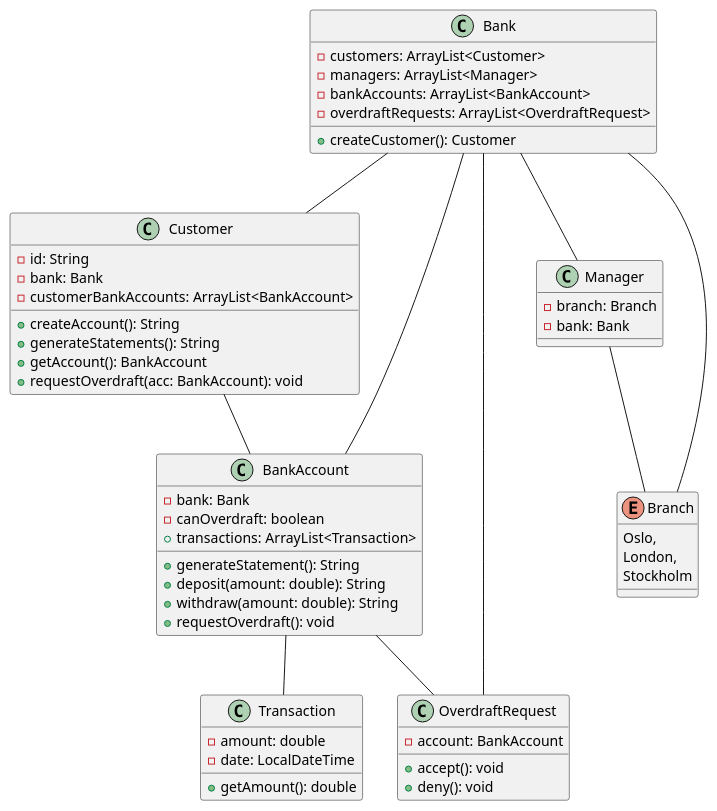
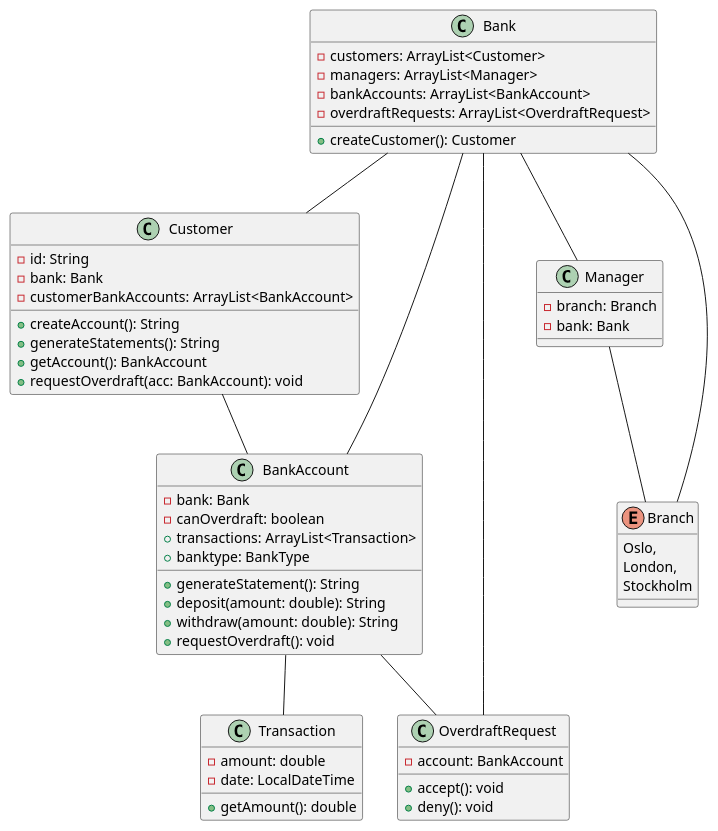
One commit to boolean-uk/java-tdd-oop-bank-challenge changed the diagram in DomainModel.puml. Above: the diagram before and after it, drawn with PlantUML. The commit also changed 2 other files, not shown here.

```diff
--- a/DomainModel.puml
+++ b/DomainModel.puml
@@ -1,68 +1,69 @@
 @startuml
 class Customer{
     - id: String
     - bank: Bank
     - customerBankAccounts: ArrayList<BankAccount>
     + createAccount(): String
     + generateStatements(): String
     + getAccount(): BankAccount
     + requestOverdraft(acc: BankAccount): void
 }
 Customer -- BankAccount
 
 class BankAccount{
     - bank: Bank
     - canOverdraft: boolean
     + transactions: ArrayList<Transaction>
+    + banktype: BankType
     + generateStatement(): String
     + deposit(amount: double): String
     + withdraw(amount: double): String
     + requestOverdraft(): void
 }
 
 BankAccount -- Transaction
 BankAccount -- OverdraftRequest
 
 
 class OverdraftRequest{
     - account: BankAccount
     + accept(): void
     + deny(): void
 }
 
 
 class Transaction{
     -amount: double
     -date: LocalDateTime
     +getAmount(): double
 }
 
 class Bank{
     - customers: ArrayList<Customer>
     - managers: ArrayList<Manager>
     - bankAccounts: ArrayList<BankAccount>
     - overdraftRequests: ArrayList<OverdraftRequest>
     + createCustomer(): Customer
 }
 Bank -- Customer
 Bank -- Manager
 Bank -- BankAccount
 Bank -- OverdraftRequest
 Bank -- Branch
 
 
 class Manager{
     - branch: Branch
     - bank: Bank
 
 
 }
 Manager -- Branch
 
 enum Branch{
     Oslo,
     London,
     Stockholm
 }
 
 @enduml
```
